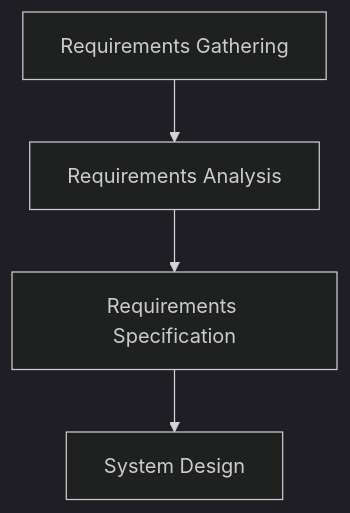
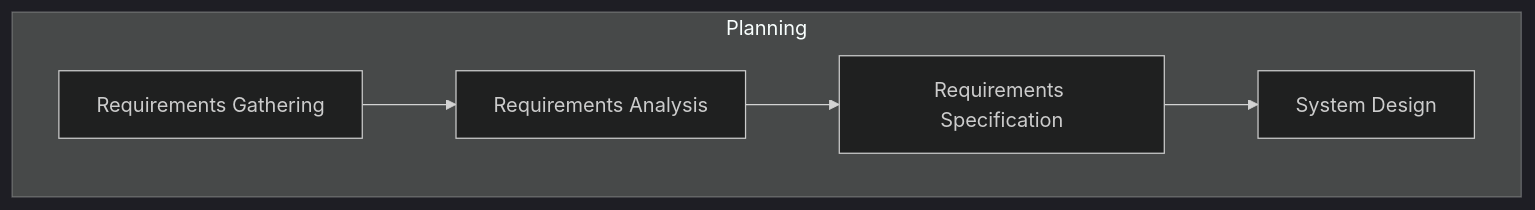
Before and after one commit to isauravmanitripathi/Animate-Mermaid-Chart: the fourth of 54 diagrams in temp-charts/flowchart_sequence/README.md, drawn with Mermaid (dark theme). The commit also changed other lines of this file and 58 other files, not shown here.

Commit message:
added proper working diagrams

````diff
--- a/temp-charts/flowchart_sequence/README.md
+++ b/temp-charts/flowchart_sequence/README.md
@@ -28,6 +39,13 @@
 ```mermaid
 flowchart TD
-A[Requirements Gathering] --> A1[Requirements Analysis]
-A1 --> A2[Requirements Specification]
-A2 --> B[System Design]
+    A[Requirements Gathering] --> A1[Requirements Analysis]
+    A1 --> A2[Requirements Specification]
+    A2 --> B[System Design]
+
+subgraph Planning
+A
+A1
+A2
+B
+end
 ```
````
